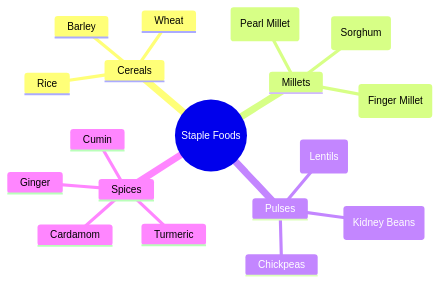
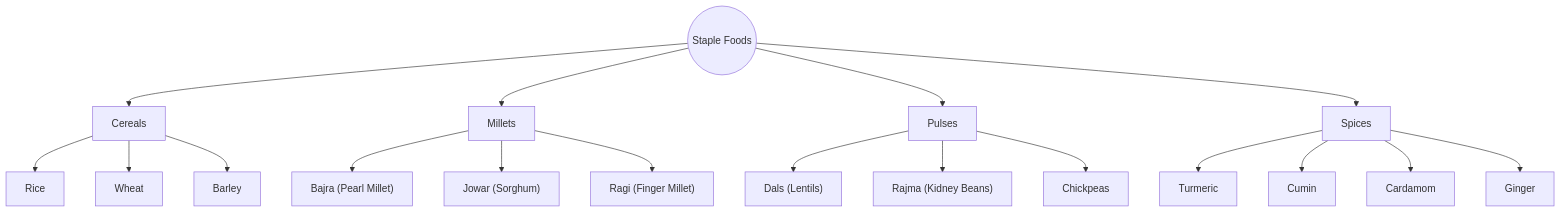
One commit to cbse-media/content changed the diagram in resource/6th/social-science/8/topics/02-food-unity.mdx. Above: the diagram before and after it, drawn with Mermaid. The commit also changed other lines of this file and 33 other files, not shown here.

````diff
--- a/resource/6th/social-science/8/topics/02-food-unity.mdx
+++ b/resource/6th/social-science/8/topics/02-food-unity.mdx
@@ -21,21 +21,25 @@
 ```mermaid
-mindmap
+graph TD
   root((Staple Foods))
-    Cereals
-      Rice
-      Wheat
-      Barley
-    Millets
-      Bajra (Pearl Millet)
-      Jowar (Sorghum)
-      Ragi (Finger Millet)
-    Pulses
-      Dals (Lentils)
-      Rajma (Kidney Beans)
-      Chickpeas
-    Spices
-      Turmeric
-      Cumin
-      Cardamom
-      Ginger
+  root --> Cereals
+  root --> Millets
+  root --> Pulses
+  root --> Spices
+
+  Cereals --> Rice
+  Cereals --> Wheat
+  Cereals --> Barley
+
+  Millets --> Bajra["Bajra (Pearl Millet)"]
+  Millets --> Jowar["Jowar (Sorghum)"]
+  Millets --> Ragi["Ragi (Finger Millet)"]
+
+  Pulses --> Dals["Dals (Lentils)"]
+  Pulses --> Rajma["Rajma (Kidney Beans)"]
+  Pulses --> Chickpeas
+
+  Spices --> Turmeric
+  Spices --> Cumin
+  Spices --> Cardamom
+  Spices --> Ginger
 ```
````
